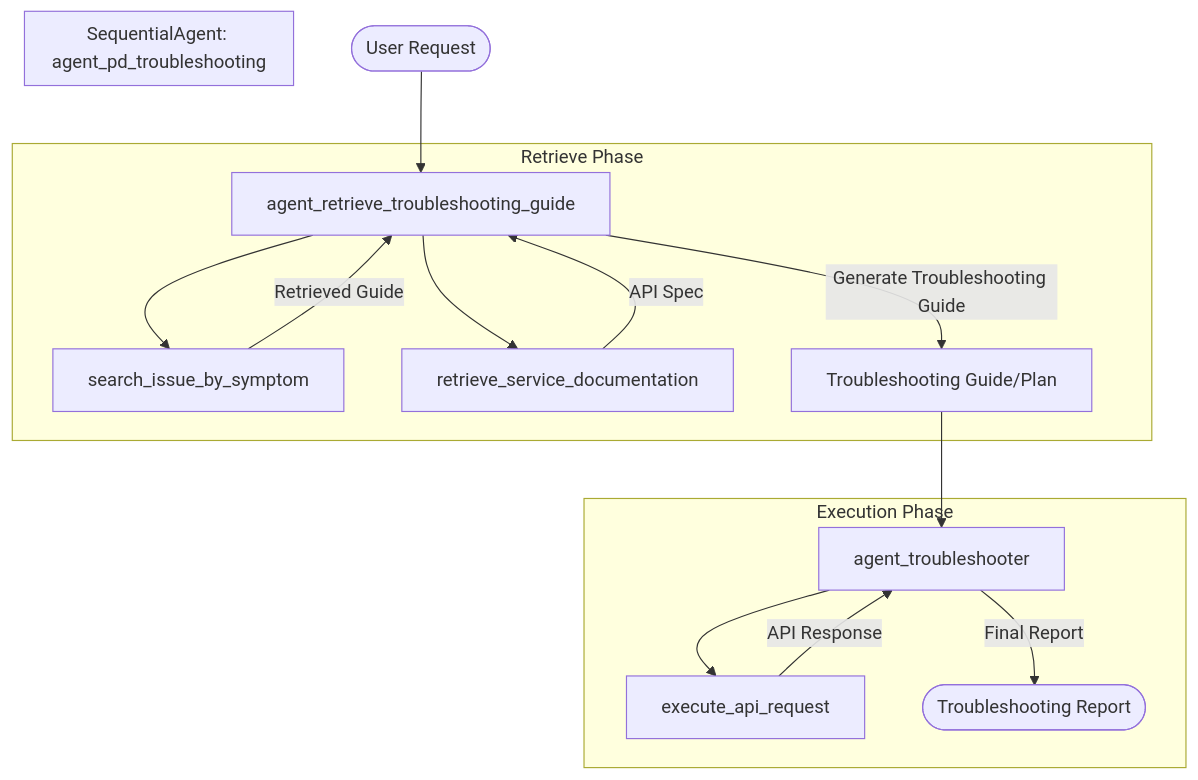
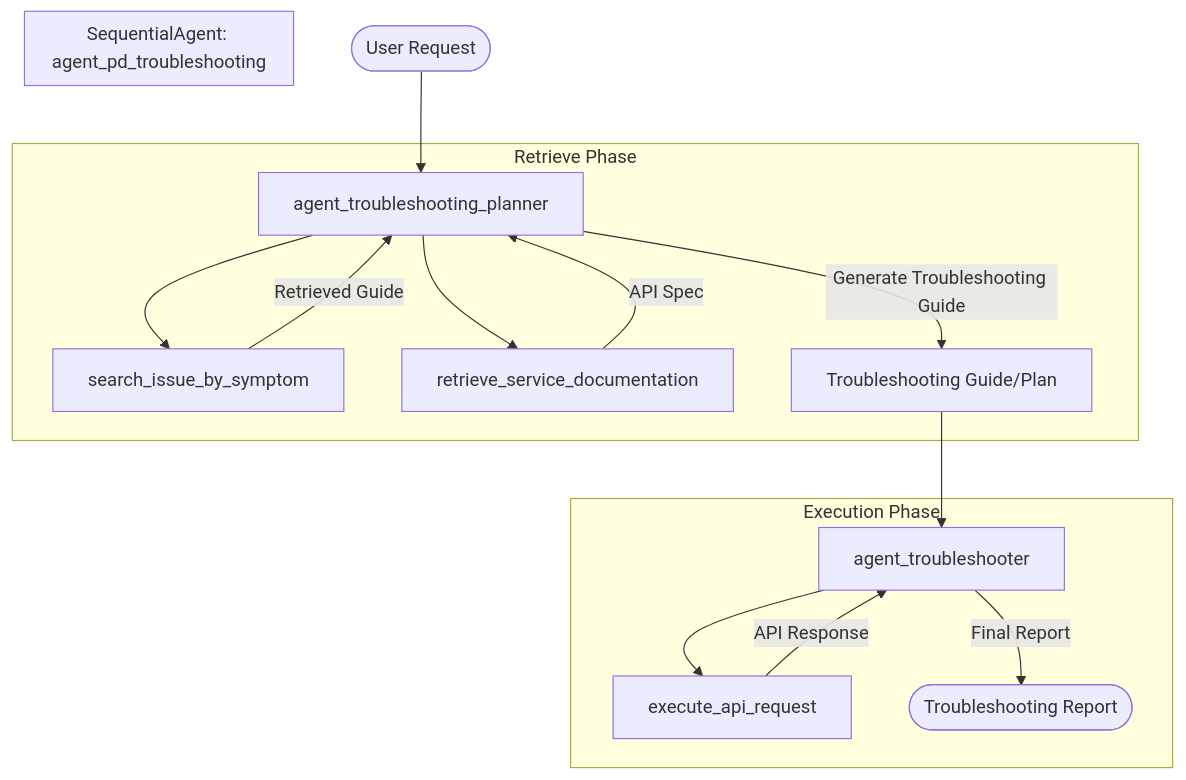
Before and after one commit to ningxia202109/google-adk-sample: the diagram in src/agent_pd_troubleshooting/README.md, drawn with Mermaid. The commit also changed other lines of this file and 2 other files, not shown here.

Commit message:
change  agent_troubleshooting_planner to reactplanner

````diff
--- a/src/agent_pd_troubleshooting/README.md
+++ b/src/agent_pd_troubleshooting/README.md
@@ -10,25 +10,25 @@
 ```mermaid
 graph TD
-    User([User Request]) --> A1[agent_retrieve_troubleshooting_guide]
+    User([User Request]) --> A1[agent_troubleshooting_planner]
     
     subgraph "Retrieve Phase"
     A1 --> T1[search_issue_by_symptom]
     T1 --> |Retrieved Guide| A1
     A1 --> T2[retrieve_service_documentation]
     T2 --> |API Spec| A1
     A1 --> |Generate Troubleshooting Guide| Plan[Troubleshooting Guide/Plan]
     end
     
     Plan --> A2[agent_troubleshooter]
     
     subgraph "Execution Phase"
     A2 --> T3[execute_api_request]
     T3 --> |API Response| A2
     A2 --> |Final Report| Result([Troubleshooting Report])
     end
     
     subgraph "SequentialAgent: agent_pd_troubleshooting"
     A1
     A2
     end
 ```
````
